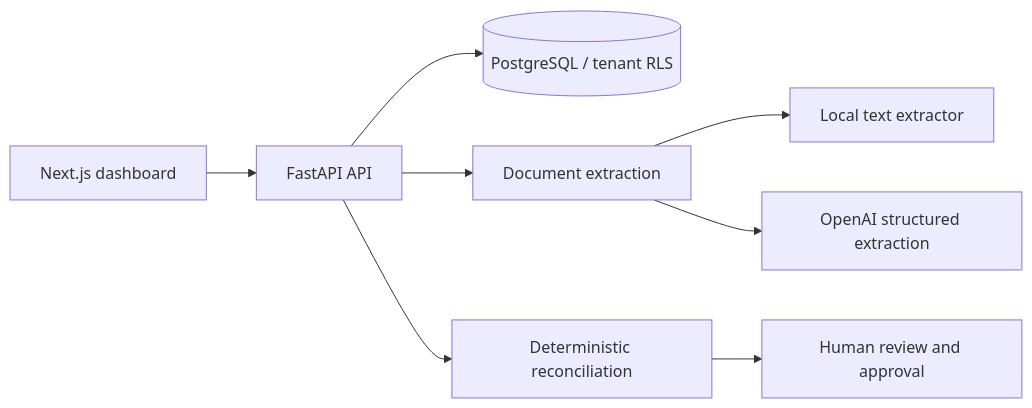
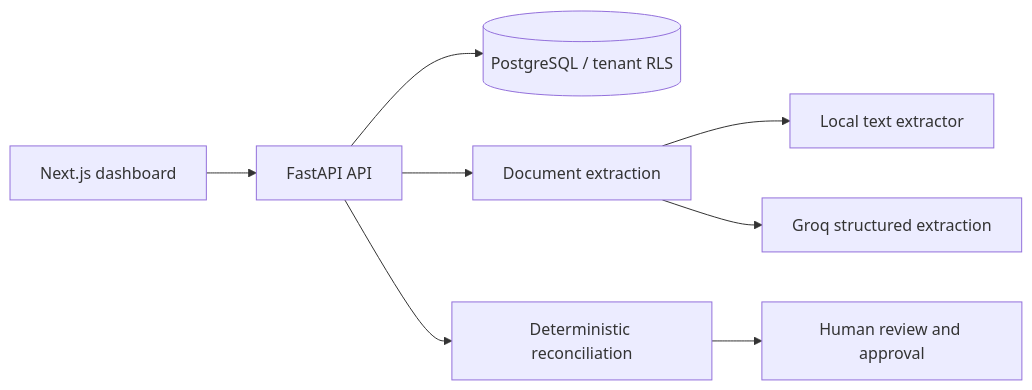
The diagram in README.md (Narasimha9271/Reconcile-AI), drawn with Mermaid before and after one commit. The commit also changed other lines of this file and 5 other files, not shown here.

Commit message:
Use Groq vision and JSON mode for invoice extraction

````diff
--- a/README.md
+++ b/README.md
@@ -15,10 +15,10 @@
 ```mermaid
 flowchart LR
     Web[Next.js dashboard] --> API[FastAPI API]
     API --> DB[(PostgreSQL / tenant RLS)]
     API --> Extract[Document extraction]
     Extract --> Local[Local text extractor]
-    Extract --> OpenAI[OpenAI structured extraction]
+    Extract --> Groq[Groq structured extraction]
     API --> Match[Deterministic reconciliation]
     Match --> Review[Human review and approval]
 ```
````
